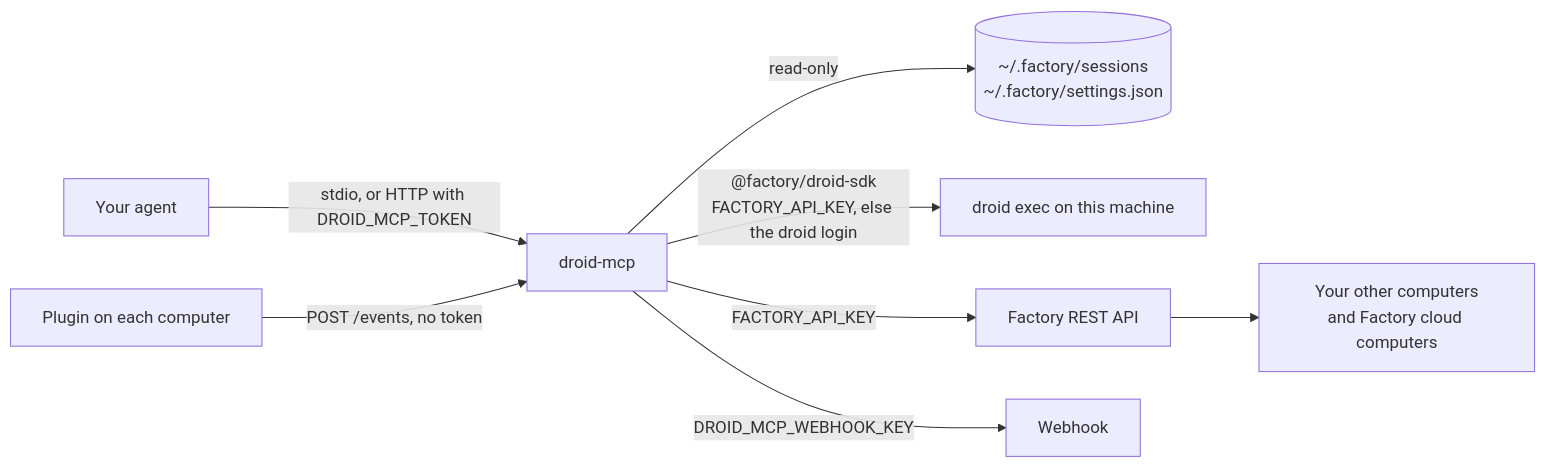
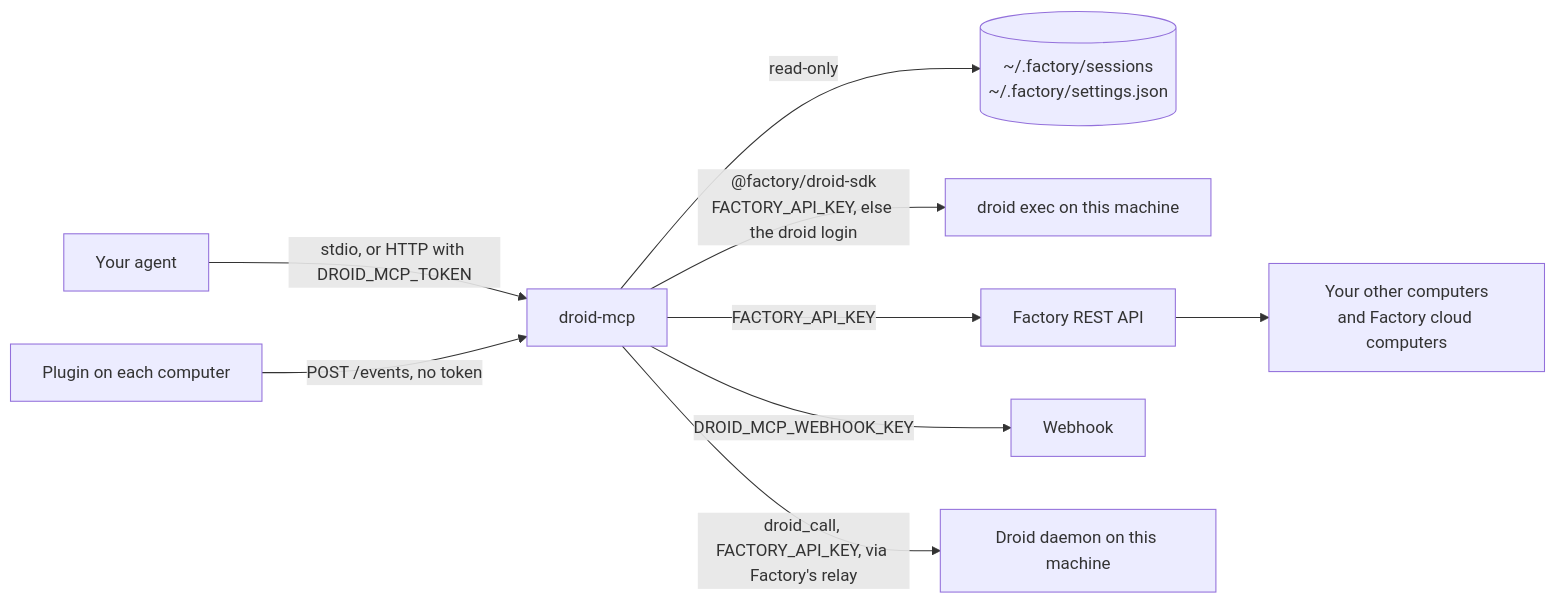
The first of 2 diagrams in docs/tools.md (Jason-Holt-Digital/droid-mcp), drawn with Mermaid before and after one commit. The commit also changed other lines of this file and 9 other files, not shown here.

Commit message:
Ops: droid_ops and droid_call (droid exec draft)

````diff
--- a/docs/tools.md
+++ b/docs/tools.md
@@ -173,10 +196,11 @@
 ```mermaid
 flowchart LR
   agent["Your agent"] -->|"stdio, or HTTP with DROID_MCP_TOKEN"| server["droid-mcp"]
   server -->|"read-only"| files[("~/.factory/sessions<br/>~/.factory/settings.json")]
   server -->|"@factory/droid-sdk<br/>FACTORY_API_KEY, else the droid login"| exec["droid exec on this machine"]
   server -->|"FACTORY_API_KEY"| rest["Factory REST API"]
   rest --> computers["Your other computers<br/>and Factory cloud computers"]
   plugin["Plugin on each computer"] -->|"POST /events, no token"| server
   server -->|"DROID_MCP_WEBHOOK_KEY"| webhook["Webhook"]
+  server -->|"droid_call, FACTORY_API_KEY, via Factory's relay"| daemon["Droid daemon on this machine"]
 ```
````
